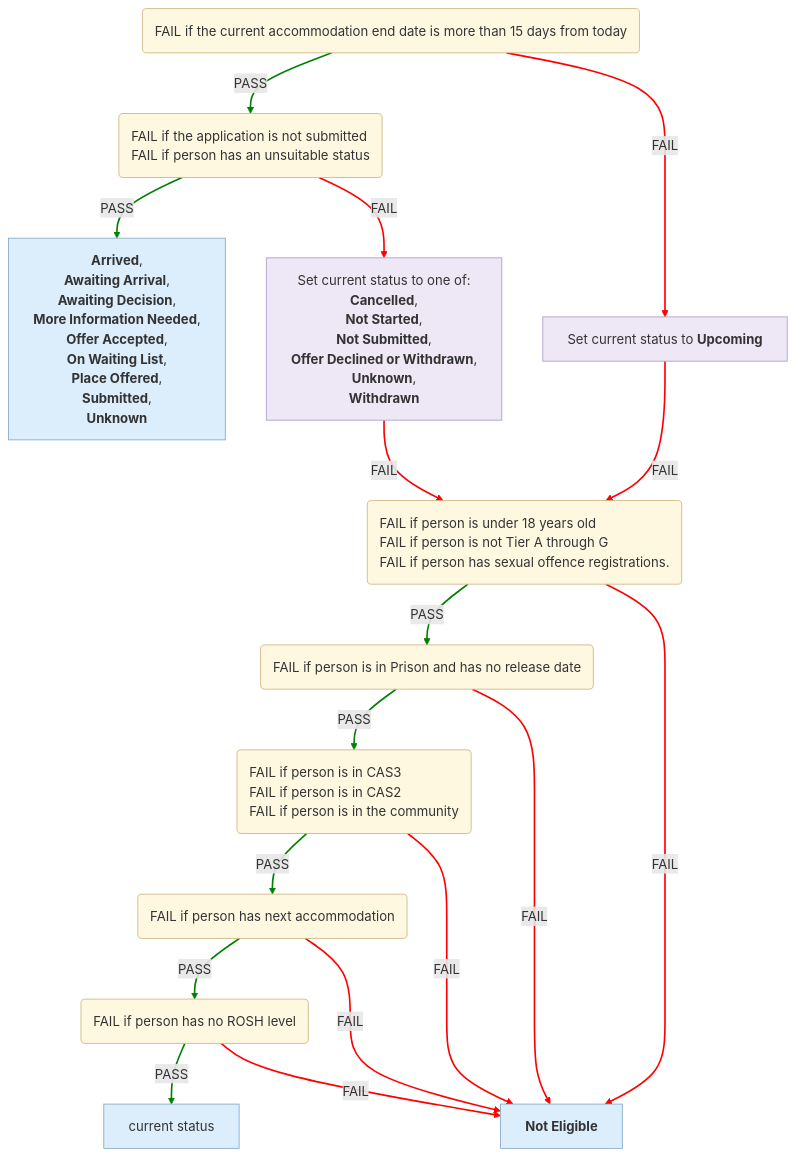
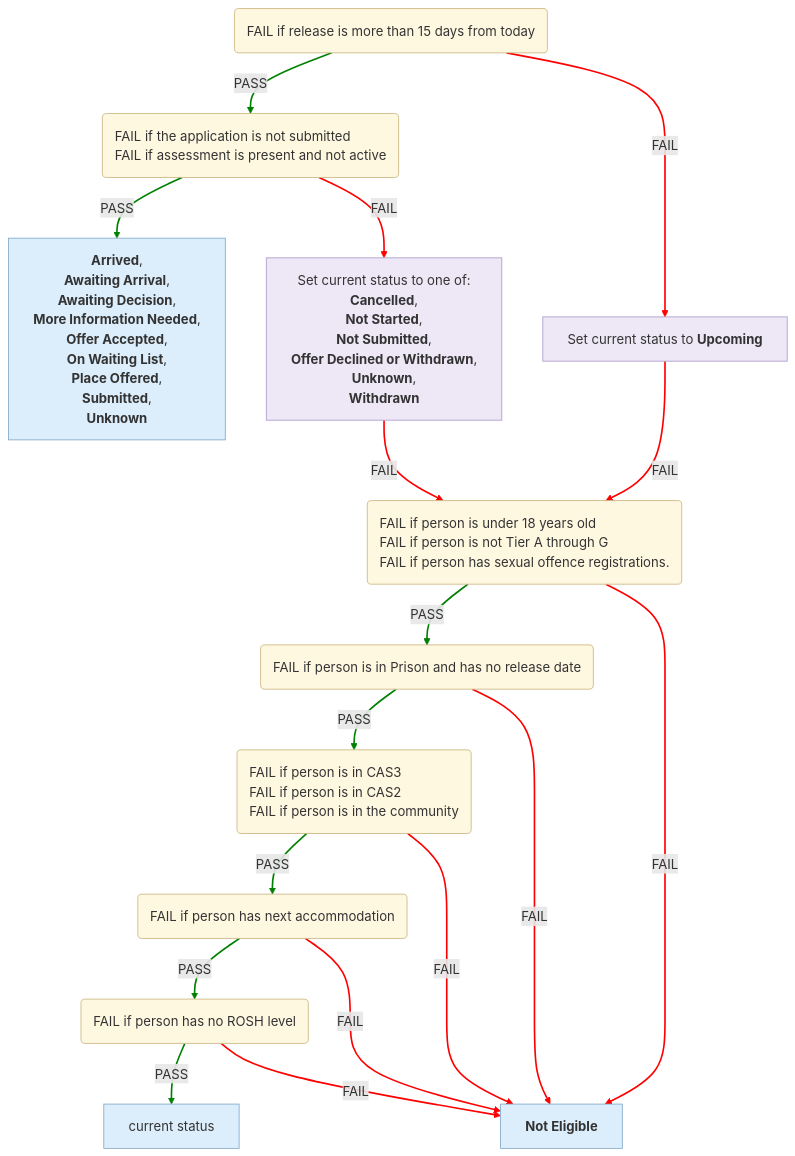
One commit to ministryofjustice/hmpps-single-accommodation-service-api changed the second of 6 diagrams in docs/eligibility-rules-graph.md. Above: the diagram before and after it, drawn with Mermaid. The commit also changed other lines of this file and 13 other files, not shown here.

Commit message:
chore/SAS-1544-Make-language-more-natural-for-Fail-descriptions

````diff
--- a/docs/eligibility-rules-graph.md
+++ b/docs/eligibility-rules-graph.md
@@ -155,59 +135,59 @@
 ```mermaid
 %%{init: {"flowchart": {"wrappingWidth": 800}}}%%
 flowchart TD
-  Upcoming("<div style='text-align:left'>FAIL if the current accommodation end date is more than 15 days from today</div>")
+  Upcoming("<div style='text-align:left'>FAIL if release is more than 15 days from today</div>")
   Suitability("<div style='text-align:left'>FAIL if the application is not submitted
-FAIL if person has an unsuitable status</div>")
+FAIL if assessment is present and not active</div>")
   outcome_Cas2CompletionContextUpdater["<b>Arrived</b>,
  <b>Awaiting Arrival</b>,
  <b>Awaiting Decision</b>,
  <b>More Information Needed</b>,
  <b>Offer Accepted</b>,
  <b>On Waiting List</b>,
  <b>Place Offered</b>,
  <b>Submitted</b>,
  <b>Unknown</b>"]
   updater_Cas2SuitabilityContextUpdater["Set current status to one of:
 <b>Cancelled</b>,
  <b>Not Started</b>,
  <b>Not Submitted</b>,
  <b>Offer Declined or Withdrawn</b>,
  <b>Unknown</b>,
  <b>Withdrawn</b>"]
   Eligibility_Person("<div style='text-align:left'>FAIL if person is under 18 years old
 FAIL if person is not Tier A through G
 FAIL if person has sexual offence registrations.</div>")
   Eligibility_Release_Date("<div style='text-align:left'>FAIL if person is in Prison and has no release date</div>")
   Eligibility_Current_Accommodation("<div style='text-align:left'>FAIL if person is in CAS3
 FAIL if person is in CAS2
 FAIL if person is in the community</div>")
   Eligibility_Next_Accommodation("<div style='text-align:left'>FAIL if person has next accommodation</div>")
   Eligibility_Rosh("<div style='text-align:left'>FAIL if person has no ROSH level</div>")
   confirmed["current status"]
   CAS2_NOT_ELIGIBLE["<b>Not Eligible</b>"]
   updater_Cas2UpcomingContextUpdater["Set current status to <b>Upcoming</b>"]
   Suitability -->|PASS| outcome_Cas2CompletionContextUpdater
   Suitability -->|FAIL| updater_Cas2SuitabilityContextUpdater
   Eligibility_Rosh -->|PASS| confirmed
   Eligibility_Rosh -->|FAIL| CAS2_NOT_ELIGIBLE
   Eligibility_Next_Accommodation -->|PASS| Eligibility_Rosh
   Eligibility_Next_Accommodation -->|FAIL| CAS2_NOT_ELIGIBLE
   Eligibility_Current_Accommodation -->|PASS| Eligibility_Next_Accommodation
   Eligibility_Current_Accommodation -->|FAIL| CAS2_NOT_ELIGIBLE
   Eligibility_Release_Date -->|PASS| Eligibility_Current_Accommodation
   Eligibility_Release_Date -->|FAIL| CAS2_NOT_ELIGIBLE
   Eligibility_Person -->|PASS| Eligibility_Release_Date
   Eligibility_Person -->|FAIL| CAS2_NOT_ELIGIBLE
   updater_Cas2SuitabilityContextUpdater -->|FAIL| Eligibility_Person
   Upcoming -->|PASS| Suitability
   Upcoming -->|FAIL| updater_Cas2UpcomingContextUpdater
   updater_Cas2UpcomingContextUpdater -->|FAIL| Eligibility_Person
   linkStyle 0,2,4,6,8,10,13 stroke:green,stroke-width:2px
   linkStyle 1,3,5,7,9,11,12,14,15 stroke:red,stroke-width:2px
   classDef ruleSetNode fill:#FFF8E1,stroke:#C9B37E,color:#333
   classDef outcomeNode fill:#DCEEFB,stroke:#7FA7C9,color:#333
   classDef updaterNode fill:#EDE7F6,stroke:#A99BC9,color:#333
   class Upcoming,Suitability,Eligibility_Person,Eligibility_Release_Date,Eligibility_Current_Accommodation,Eligibility_Next_Accommodation,Eligibility_Rosh ruleSetNode
   class outcome_Cas2CompletionContextUpdater,confirmed,CAS2_NOT_ELIGIBLE outcomeNode
   class updater_Cas2SuitabilityContextUpdater,updater_Cas2UpcomingContextUpdater updaterNode
 ```
````
